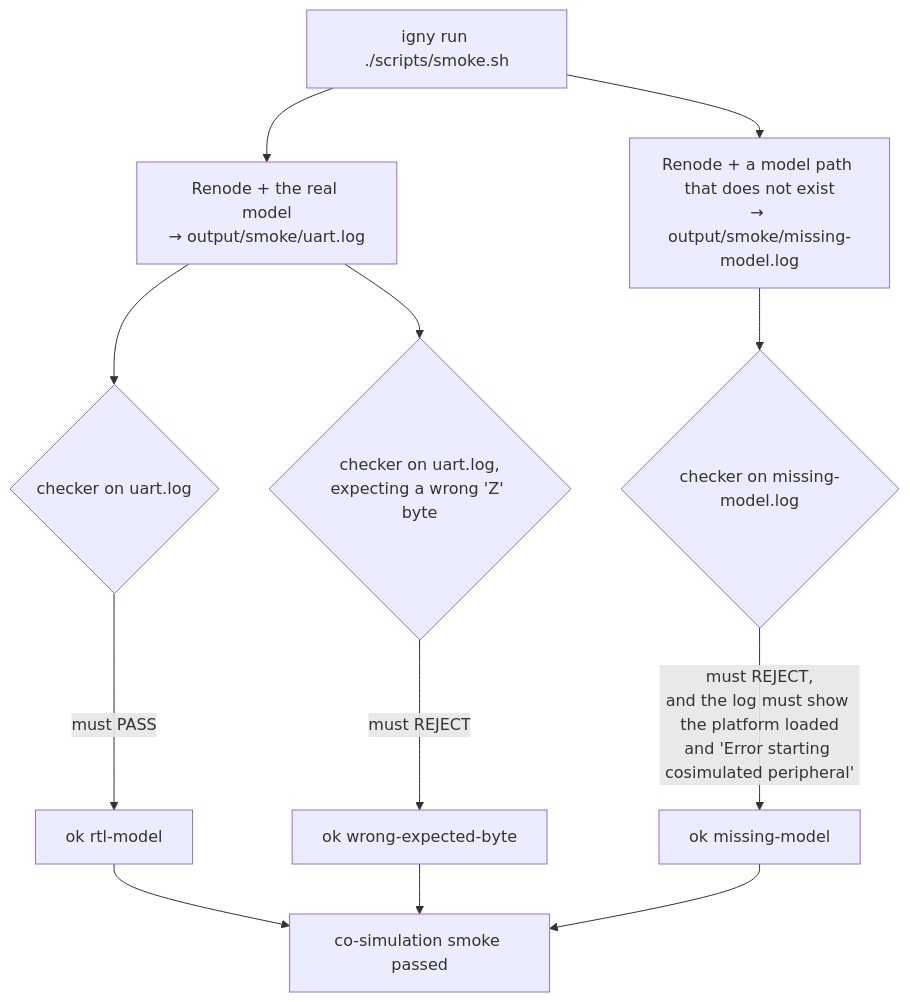
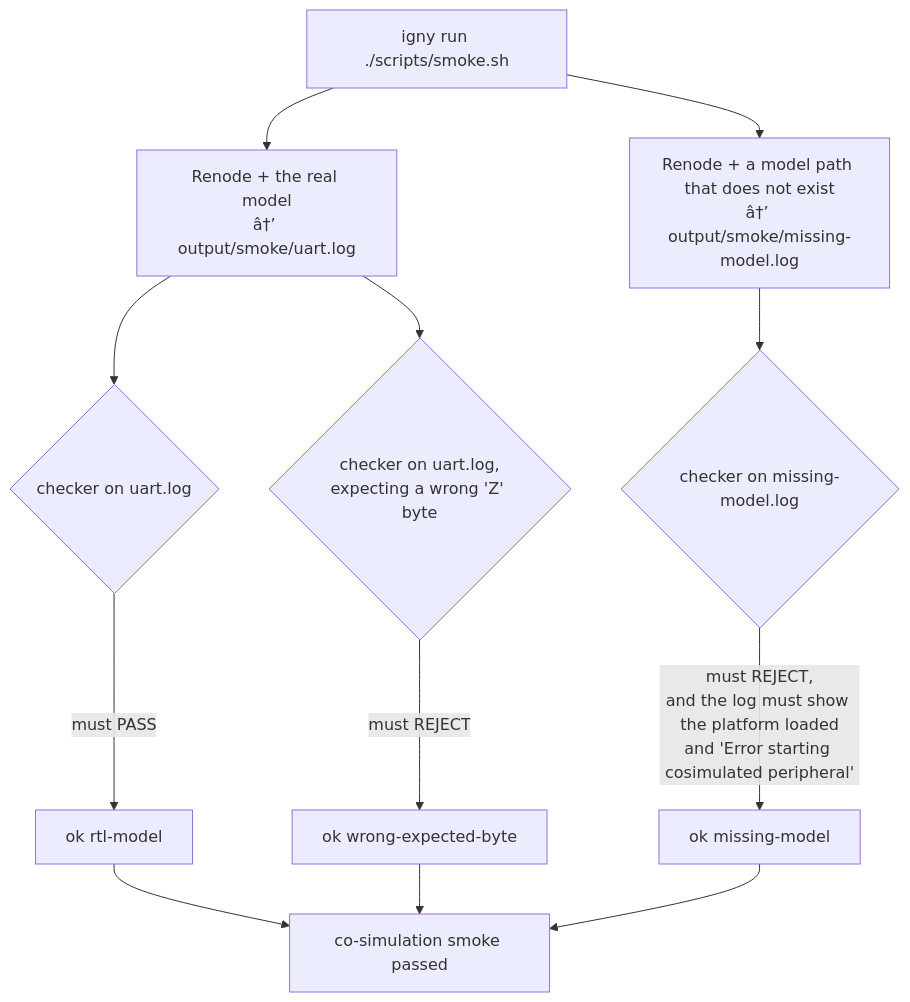
One commit to CRUCIBLE-WORKBENCH/uart-renode-verilator-cosim changed the fourth of 4 diagrams in README.md. Above: the diagram before and after it, drawn with Mermaid. The commit also changed other lines of this file and 7 other files, not shown here.

Commit message:
Add reproducible Renode Verilator UART co-simulation

````diff
--- a/README.md
+++ b/README.md
@@ -317,12 +355,12 @@
 ```mermaid
 flowchart TD
-    S["igny run ./scripts/smoke.sh"] --> R1["Renode + the real model<br/>→ output/smoke/uart.log"]
-    S --> R2["Renode + a model path that does not exist<br/>→ output/smoke/missing-model.log"]
+    S["igny run ./scripts/smoke.sh"] --> R1["Renode + the real model<br/>â†’ output/smoke/uart.log"]
+    S --> R2["Renode + a model path that does not exist<br/>â†’ output/smoke/missing-model.log"]
     R1 --> C1{"checker on uart.log"}
     C1 -- "must PASS" --> OK1["ok rtl-model"]
     R2 --> C2{"checker on missing-model.log"}
     C2 -- "must REJECT,<br/>and the log must show the platform loaded<br/>and 'Error starting cosimulated peripheral'" --> OK2["ok missing-model"]
     R1 --> C3{"checker on uart.log,<br/>expecting a wrong 'Z' byte"}
     C3 -- "must REJECT" --> OK3["ok wrong-expected-byte"]
     OK1 & OK2 & OK3 --> DONE["co-simulation smoke passed"]
 ```
````
